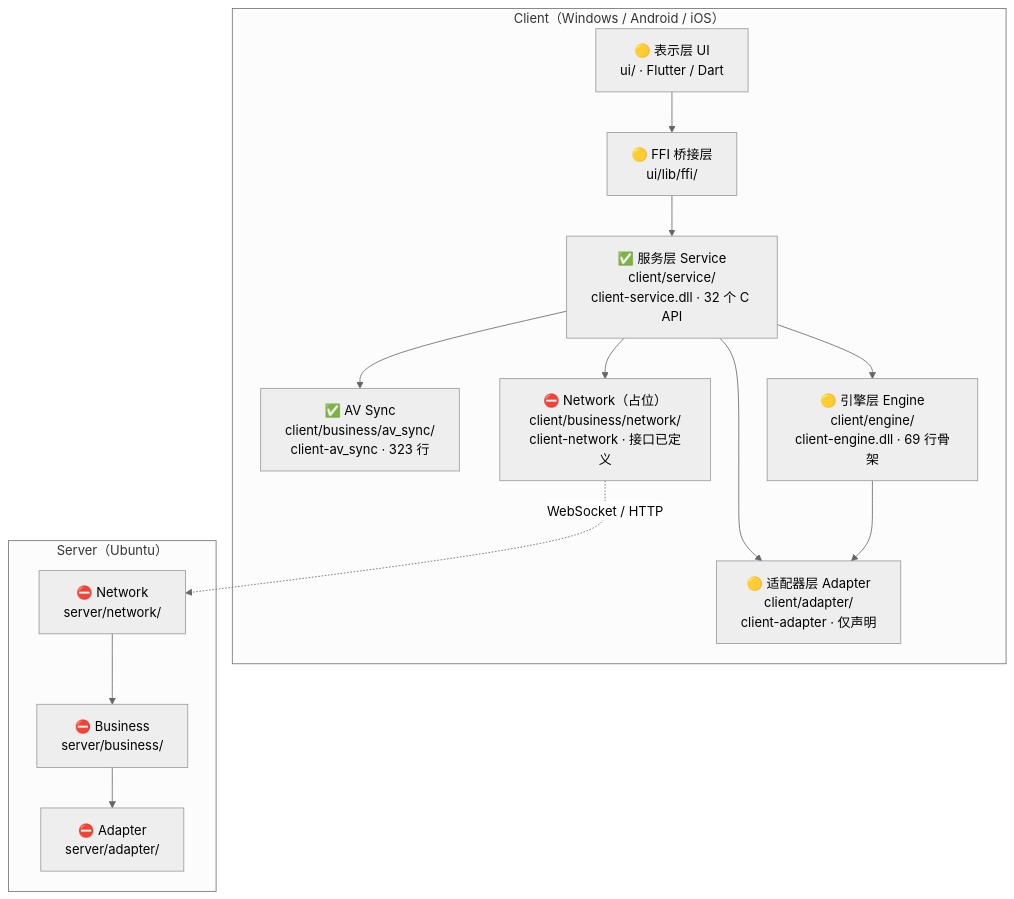
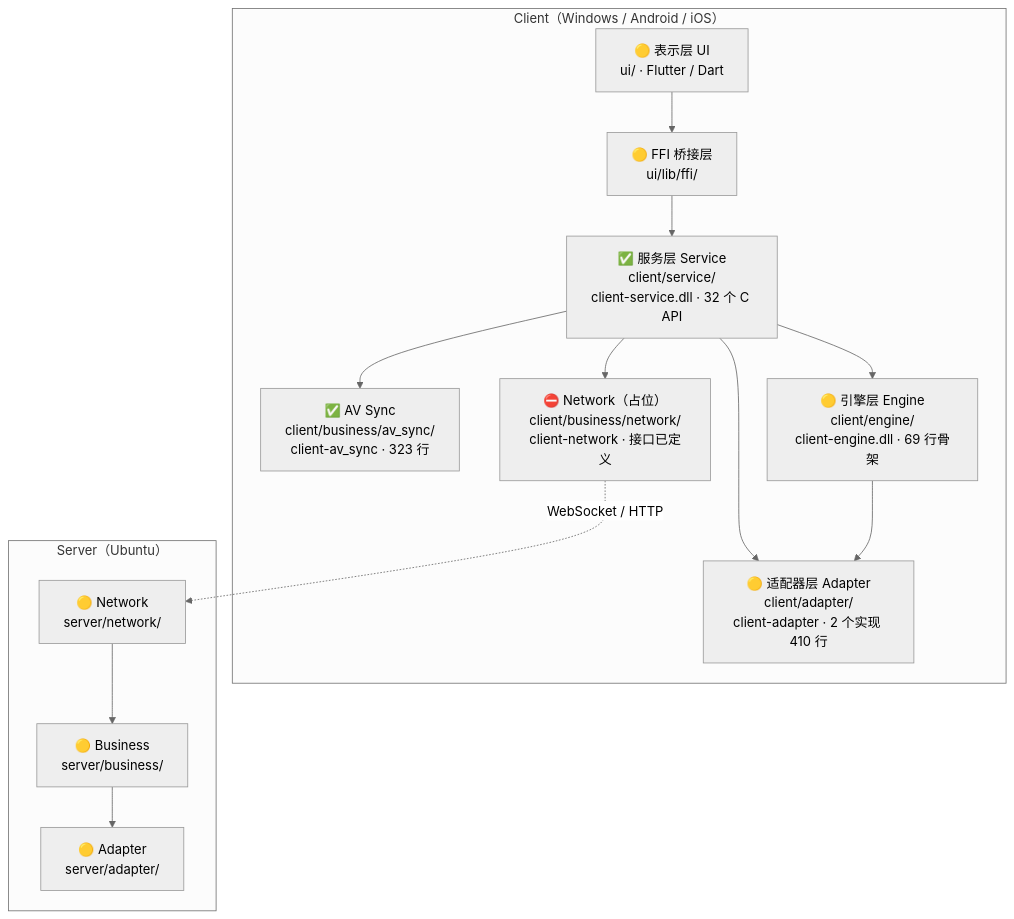
The first of 2 diagrams in docs/markdown/项目框架.md (xiaofusu123/PrismPlayer), drawn with Mermaid (neutral theme) before and after one commit. The commit also changed other lines of this file and 5 other files, not shown here.

````diff
--- a/docs/markdown/项目框架.md
+++ b/docs/markdown/项目框架.md
@@ -15,29 +15,29 @@
 ```mermaid
 graph TD
 accTitle: 六层架构与 Client/Server 划分
 accDescr: Client 六层与 Server 三层的依赖方向，以及各层实测状态与构建产物
     subgraph Client["Client（Windows / Android / iOS）"]
         UI["🟡 表示层 UI<br/>ui/ · Flutter / Dart"]
         FFI["🟡 FFI 桥接层<br/>ui/lib/ffi/"]
         SVC["✅ 服务层 Service<br/>client/service/<br/>client-service.dll · 32 个 C API"]
         AVS["✅ AV Sync<br/>client/business/av_sync/<br/>client-av_sync · 323 行"]
         NET["⛔ Network（占位）<br/>client/business/network/<br/>client-network · 接口已定义"]
         ENG["🟡 引擎层 Engine<br/>client/engine/<br/>client-engine.dll · 69 行骨架"]
-        ADP["🟡 适配器层 Adapter<br/>client/adapter/<br/>client-adapter · 仅声明"]
+        ADP["🟡 适配器层 Adapter<br/>client/adapter/<br/>client-adapter · 2 个实现 410 行"]
         UI --> FFI --> SVC
         SVC --> AVS
         SVC --> NET
         SVC --> ENG
         SVC --> ADP
         ENG --> ADP
     end
 
     subgraph Server["Server（Ubuntu）"]
-        SN["⛔ Network<br/>server/network/"]
-        SB["⛔ Business<br/>server/business/"]
-        SA["⛔ Adapter<br/>server/adapter/"]
+        SN["🟡 Network<br/>server/network/"]
+        SB["🟡 Business<br/>server/business/"]
+        SA["🟡 Adapter<br/>server/adapter/"]
         SN --> SB --> SA
     end
 
     NET -. "WebSocket / HTTP" .-> SN
 ```
````
